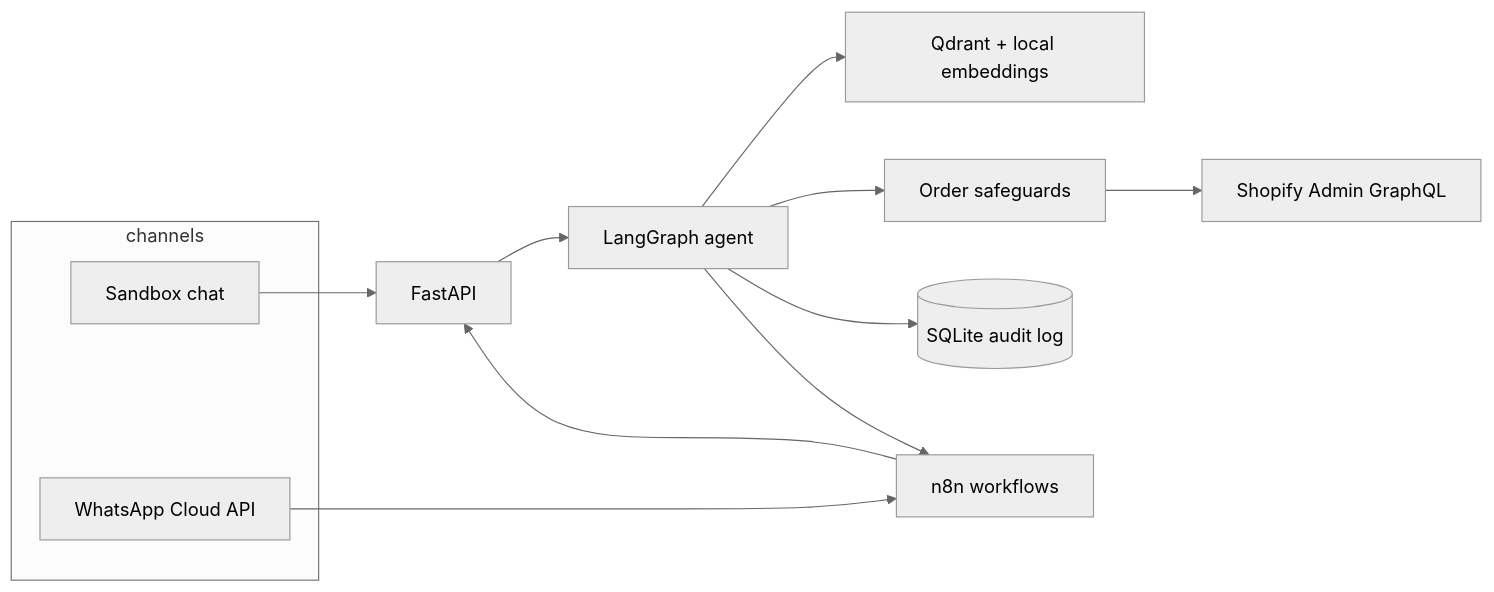
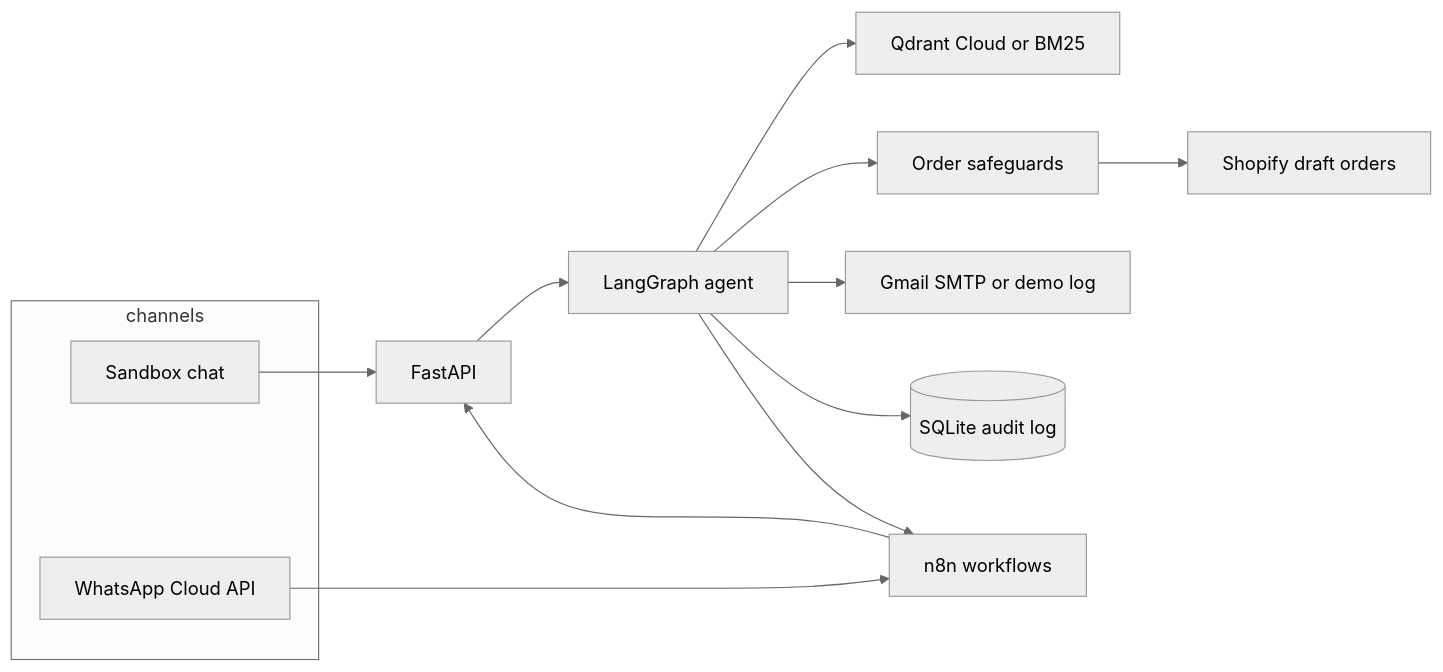
One commit to sharmavijay07/whatsapp-shopify-ai-agent changed the diagram in README.md. Above: the diagram before and after it, drawn with Mermaid (neutral theme). The commit also changed other lines of this file and 29 other files, not shown here.

````diff
--- a/README.md
+++ b/README.md
@@ -28,16 +28,17 @@
 ```mermaid
 flowchart LR
   subgraph channels
     UI[Sandbox chat]
     WA[WhatsApp Cloud API]
   end
   UI --> API[FastAPI]
   WA --> N8N[n8n workflows]
   N8N --> API
   API --> G[LangGraph agent]
-  G --> RAG[Qdrant + local embeddings]
+  G --> RAG[Qdrant Cloud or BM25]
   G --> GATE[Order safeguards]
-  GATE --> SHOP[Shopify Admin GraphQL]
+  GATE --> SHOP[Shopify draft orders]
+  G --> MAIL[Gmail SMTP or demo log]
   G --> AUDIT[(SQLite audit log)]
   G --> N8N
 ```
````
